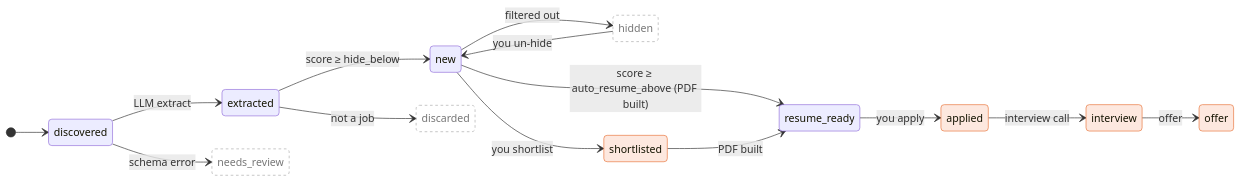
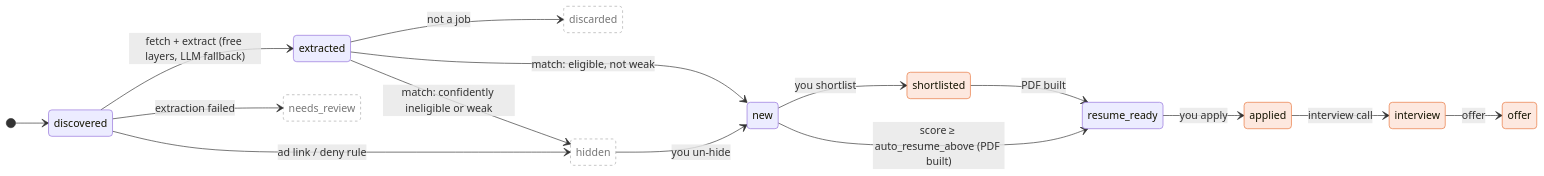
The second of 7 diagrams in docs/LLD.md (ThePlator/JobRadar), drawn with Mermaid before and after one commit. The commit also changed other lines of this file and 3 other files, not shown here.

First line of the commit message:
Document free-first extraction and Jev matching design

````diff
--- a/docs/LLD.md
+++ b/docs/LLD.md
@@ -414,22 +479,23 @@
 ```mermaid
 stateDiagram-v2
     direction LR
     [*] --> discovered
-    discovered --> extracted : LLM extract
-    discovered --> needs_review : schema error
-    extracted --> new : score ≥ hide_below
+    discovered --> extracted : fetch + extract (free layers, LLM fallback)
+    discovered --> needs_review : extraction failed
+    discovered --> hidden : ad link / deny rule
     extracted --> discarded : not a job
-    new --> hidden : filtered out
+    extracted --> new : match: eligible, not weak
+    extracted --> hidden : match: confidently ineligible or weak
     new --> shortlisted : you shortlist
     new --> resume_ready : score ≥ auto_resume_above (PDF built)
     shortlisted --> resume_ready : PDF built
     resume_ready --> applied : you apply
     applied --> interview : interview call
     interview --> offer : offer
     hidden --> new : you un-hide
 
     classDef user fill:#fde8df,stroke:#e8743b
     classDef side fill:none,stroke:#aaa,stroke-dasharray: 4 4,color:#777
     class shortlisted,applied,interview,offer user
     class needs_review,discarded,hidden side
 ```
````
